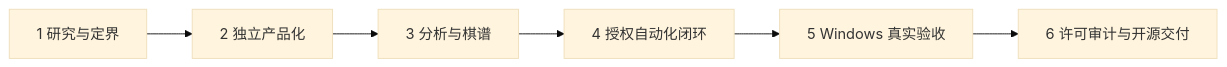
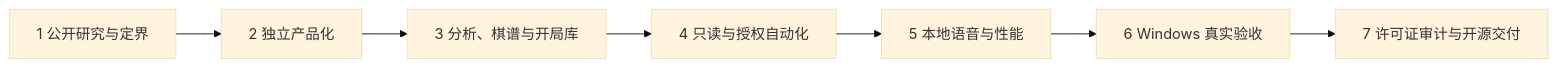
One commit to chengyansen-ai/PikaDesk changed the diagram in README.md. Above: the diagram before and after it, drawn with Mermaid (base theme). The commit also changed other lines of this file and 3 other files, not shown here.

````diff
--- a/README.md
+++ b/README.md
@@ -43,8 +50,9 @@
 ```mermaid
 flowchart LR
-    A[1 研究与定界] --> B[2 独立产品化]
-    B --> C[3 分析与棋谱]
-    C --> D[4 授权自动化闭环]
-    D --> E[5 Windows 真实验收]
-    E --> F[6 许可审计与开源交付]
+    A[1 公开研究与定界] --> B[2 独立产品化]
+    B --> C[3 分析、棋谱与开局库]
+    C --> D[4 只读与授权自动化]
+    D --> E[5 本地语音与性能]
+    E --> F[6 Windows 真实验收]
+    F --> G[7 许可证审计与开源交付]
 ```
````
